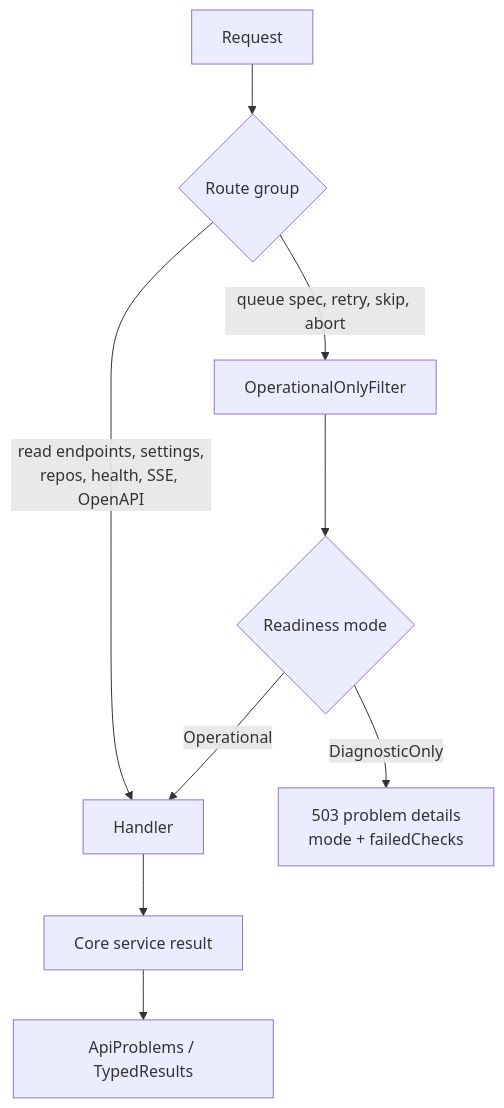
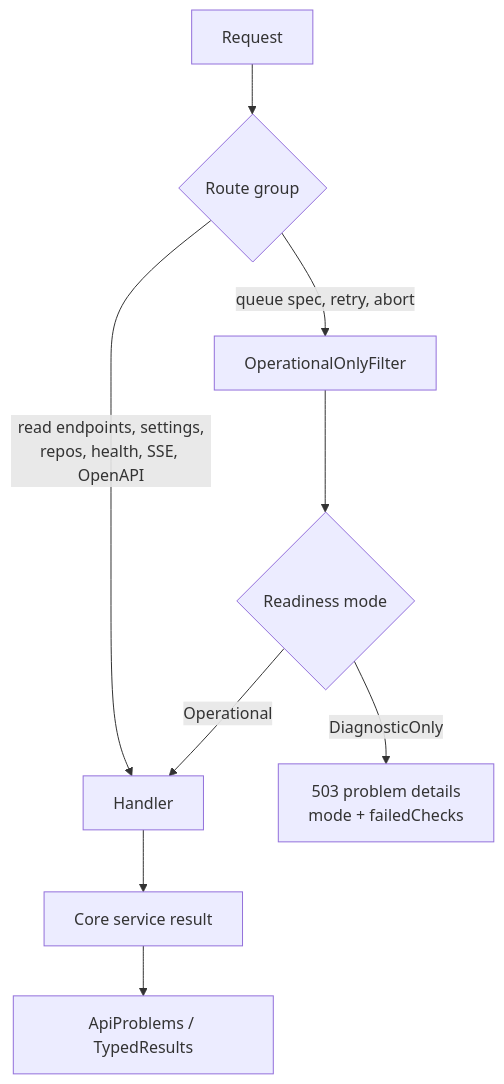
The second of 4 diagrams in docfx/developer-guide/web-api.md (FlorianAlbert/WebDevLoop), drawn with Mermaid before and after one commit. The commit also changed other lines of this file and 79 other files, not shown here.

````diff
--- a/docfx/developer-guide/web-api.md
+++ b/docfx/developer-guide/web-api.md
@@ -160,11 +164,11 @@
 ```mermaid
 flowchart TD
     Req["Request"] --> Route{"Route group"}
     Route -->|"read endpoints, settings,<br/>repos, health, SSE, OpenAPI"| Handler["Handler"]
-    Route -->|"queue spec, retry, skip, abort"| Filter["OperationalOnlyFilter"]
+    Route -->|"queue spec, retry, abort"| Filter["OperationalOnlyFilter"]
     Filter --> Mode{"Readiness mode"}
     Mode -->|Operational| Handler
     Mode -->|DiagnosticOnly| P503["503 problem details<br/>mode + failedChecks"]
     Handler --> Result["Core service result"]
     Result --> Map["ApiProblems / TypedResults"]
 ```
````
